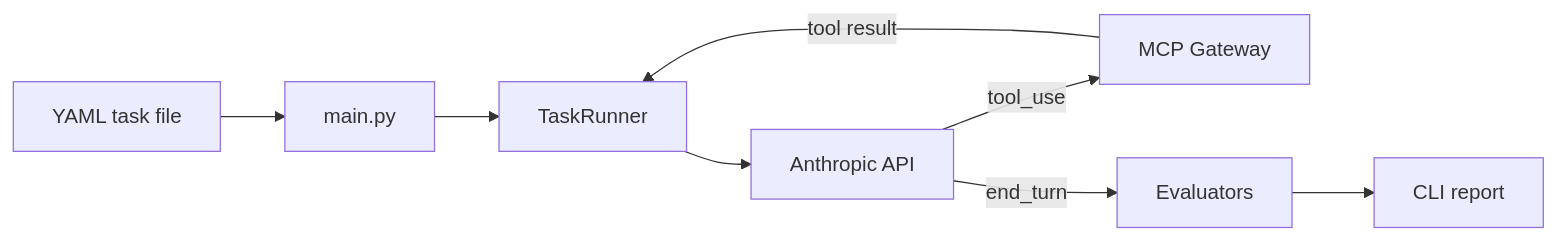
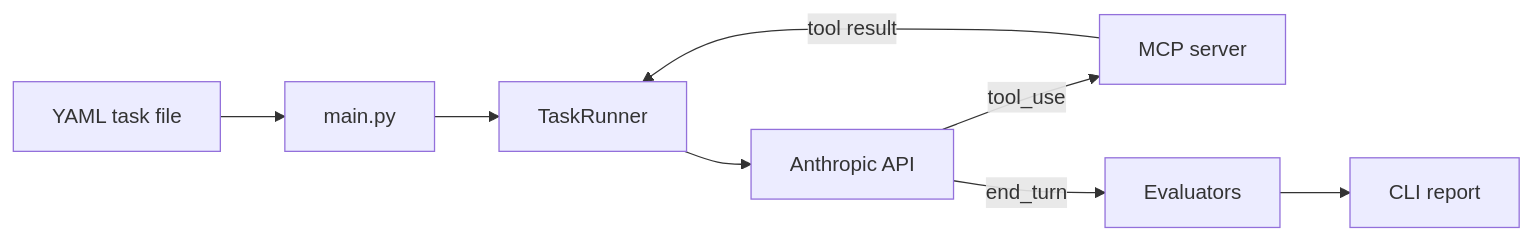
The diagram in README.md (FabioDiCeglie/Agent-Eval), drawn with Mermaid before and after one commit. The commit also changed other lines of this file and 1 other file, not shown here.

First line of the commit message:
Update Plan.md and README.md for MCP server integration and tool management

````diff
--- a/README.md
+++ b/README.md
@@ -59,10 +63,10 @@
 ```mermaid
 flowchart LR
     YAML[YAML task file] --> CLI[main.py]
     CLI --> Runner[TaskRunner]
     Runner --> Claude[Anthropic API]
-    Claude -->|tool_use| MCP[MCP Gateway]
+    Claude -->|tool_use| MCP[MCP server]
     MCP -->|tool result| Runner
     Claude -->|end_turn| Eval[Evaluators]
     Eval --> Report[CLI report]
 ```
````
